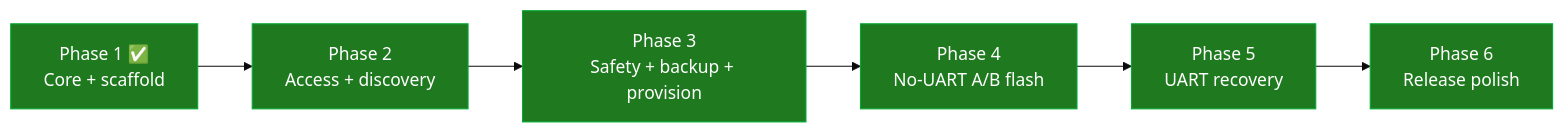
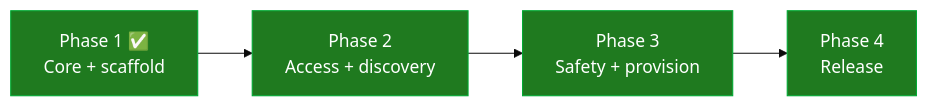
The first of 2 diagrams in ROADMAP.md (ParkWardRR/pelegrun-ap-hk07-firmware-tools), drawn with Mermaid (base theme) before and after one commit. The commit also changed other lines of this file and 88 other files, not shown here.

````diff
--- a/ROADMAP.md
+++ b/ROADMAP.md
@@ -30,14 +22,10 @@
 ```mermaid
 flowchart LR
   P1[Phase 1 ✅<br/>Core + scaffold] --> P2[Phase 2<br/>Access + discovery]
-  P2 --> P3[Phase 3<br/>Safety + backup + provision]
-  P3 --> P4[Phase 4<br/>No-UART A/B flash]
-  P4 --> P5[Phase 5<br/>UART recovery]
-  P5 --> P6[Phase 6<br/>Release polish]
+  P2 --> P3[Phase 3<br/>Safety + provision]
+  P3 --> P4[Phase 4<br/>Release]
   style P1 fill:#1f7a1f,stroke:#0a3,color:#fff
   style P2 fill:#1f7a1f,stroke:#0a3,color:#fff
   style P3 fill:#1f7a1f,stroke:#0a3,color:#fff
   style P4 fill:#1f7a1f,stroke:#0a3,color:#fff
-  style P5 fill:#1f7a1f,stroke:#0a3,color:#fff
-  style P6 fill:#1f7a1f,stroke:#0a3,color:#fff
 ```
````
